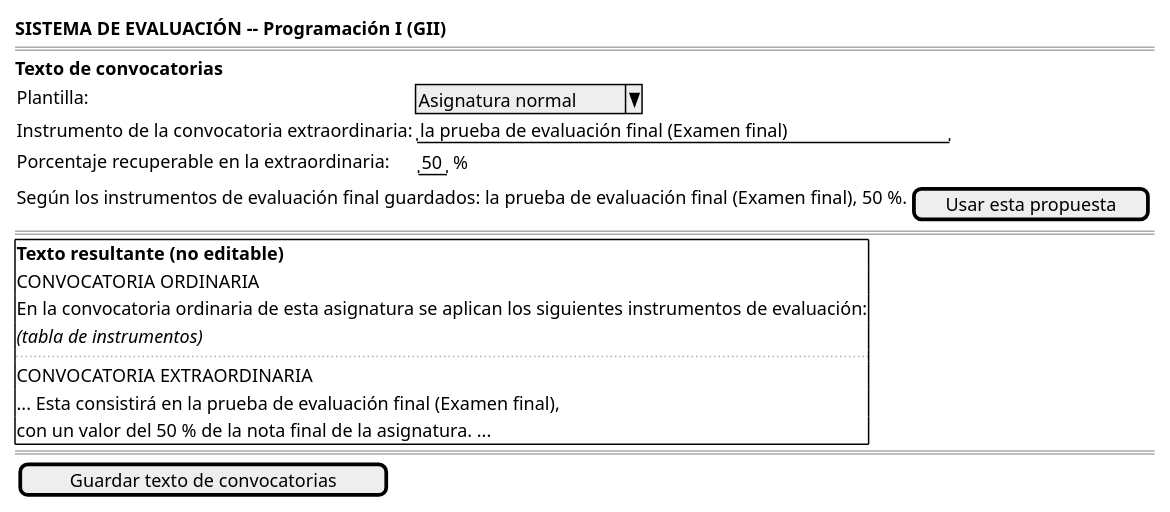
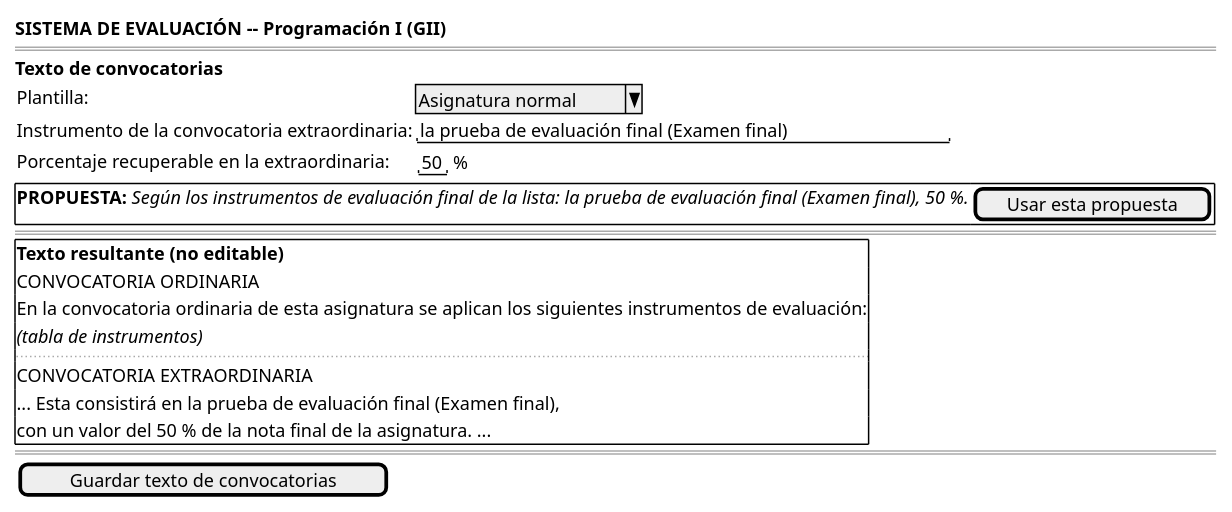
One commit to mmasias/pyCeldaPublico changed the diagram in RUP/01-requisitos/03-detalle-casos-uso/editarTextoSistemaEvaluacion/wireframes.puml. Above: the diagram before and after it, drawn with PlantUML. The commit also changed 12 other files, not shown here.

Commit message:
docs: sincroniza el subconjunto público con pyCelda 547c92ce (medidor de evaluación y propuesta de la convocatoria extraordinaria, v0.11.45)

```diff
--- a/RUP/01-requisitos/03-detalle-casos-uso/editarTextoSistemaEvaluacion/wireframes.puml
+++ b/RUP/01-requisitos/03-detalle-casos-uso/editarTextoSistemaEvaluacion/wireframes.puml
@@ -1,28 +1,28 @@
 @startsalt editarTextoSistemaEvaluacion-wireframe
 {
     <b>SISTEMA DE EVALUACIÓN -- Programación I (GII)</b>
     ====
     <b>Texto de convocatorias</b>
     {
         Plantilla: | ^Asignatura normal^
         Instrumento de la convocatoria extraordinaria: | "la prueba de evaluación final (Examen final)"
         Porcentaje recuperable en la extraordinaria: | {"50" | %}
     }
-    {
-        Según los instrumentos de evaluación final guardados: la prueba de evaluación final (Examen final), 50 %. | [Usar esta propuesta]
+    {+
+        <b>PROPUESTA:</b> <i>Según los instrumentos de evaluación final de la lista: la prueba de evaluación final (Examen final), 50 %.</i> | [Usar esta propuesta]
     }
     ====
     {+
         <b>Texto resultante (no editable)</b>
         CONVOCATORIA ORDINARIA
         En la convocatoria ordinaria de esta asignatura se aplican los siguientes instrumentos de evaluación:
         <i>(tabla de instrumentos)</i>
         ...
         CONVOCATORIA EXTRAORDINARIA
         ... Esta consistirá en la prueba de evaluación final (Examen final),
         con un valor del 50 % de la nota final de la asignatura. ...
     }
     ====
     {[Guardar texto de convocatorias]}
 }
 @endsalt
```
